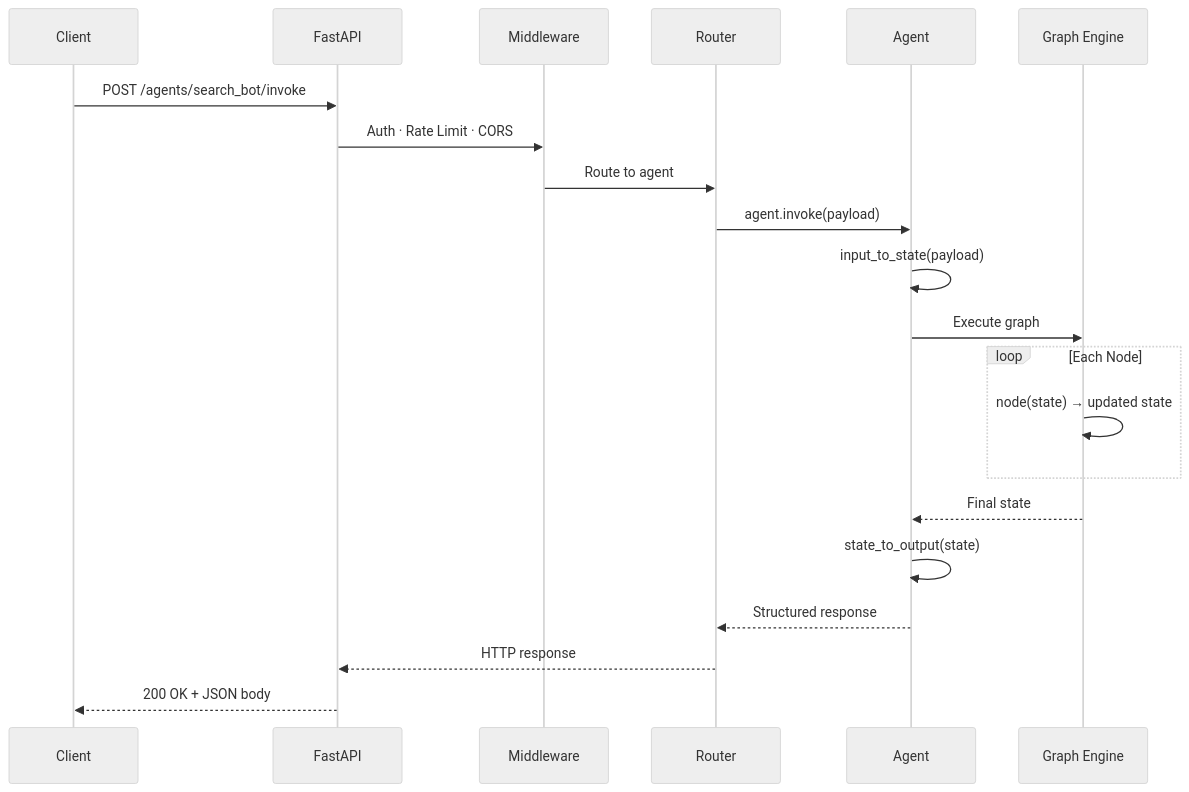
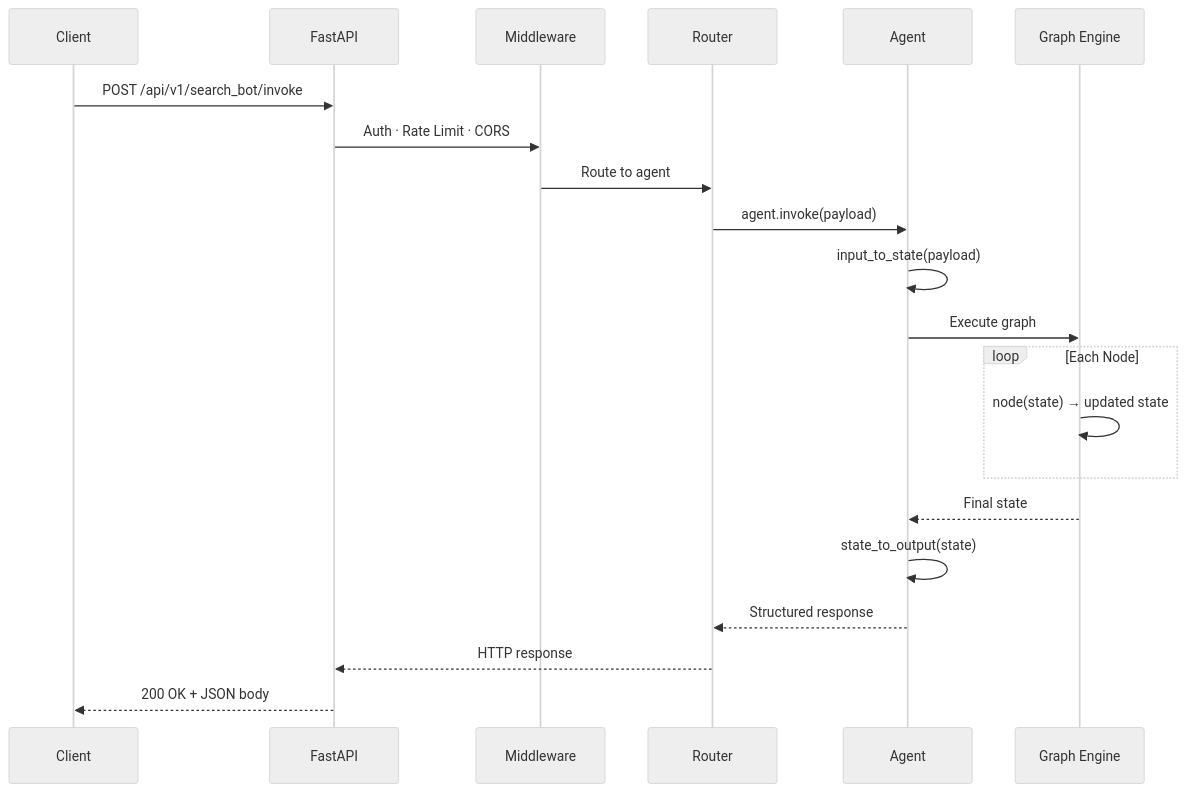
One commit to UnicoLab/agentomatic changed the third of 4 diagrams in docs/getting-started/concepts.md. Above: the diagram before and after it, drawn with Mermaid (neutral theme). The commit also changed other lines of this file and 19 other files, not shown here.

````diff
--- a/docs/getting-started/concepts.md
+++ b/docs/getting-started/concepts.md
@@ -288,24 +288,24 @@
 ```mermaid
 sequenceDiagram
     participant C as Client
     participant F as FastAPI
     participant M as Middleware
     participant R as Router
     participant A as Agent
     participant G as Graph Engine
 
-    C->>F: POST /agents/search_bot/invoke
+    C->>F: POST /api/v1/search_bot/invoke
     F->>M: Auth · Rate Limit · CORS
     M->>R: Route to agent
     R->>A: agent.invoke(payload)
     A->>A: input_to_state(payload)
     A->>G: Execute graph
     loop Each Node
         G->>G: node(state) → updated state
     end
     G-->>A: Final state
     A->>A: state_to_output(state)
     A-->>R: Structured response
     R-->>F: HTTP response
     F-->>C: 200 OK + JSON body
 ```
````
